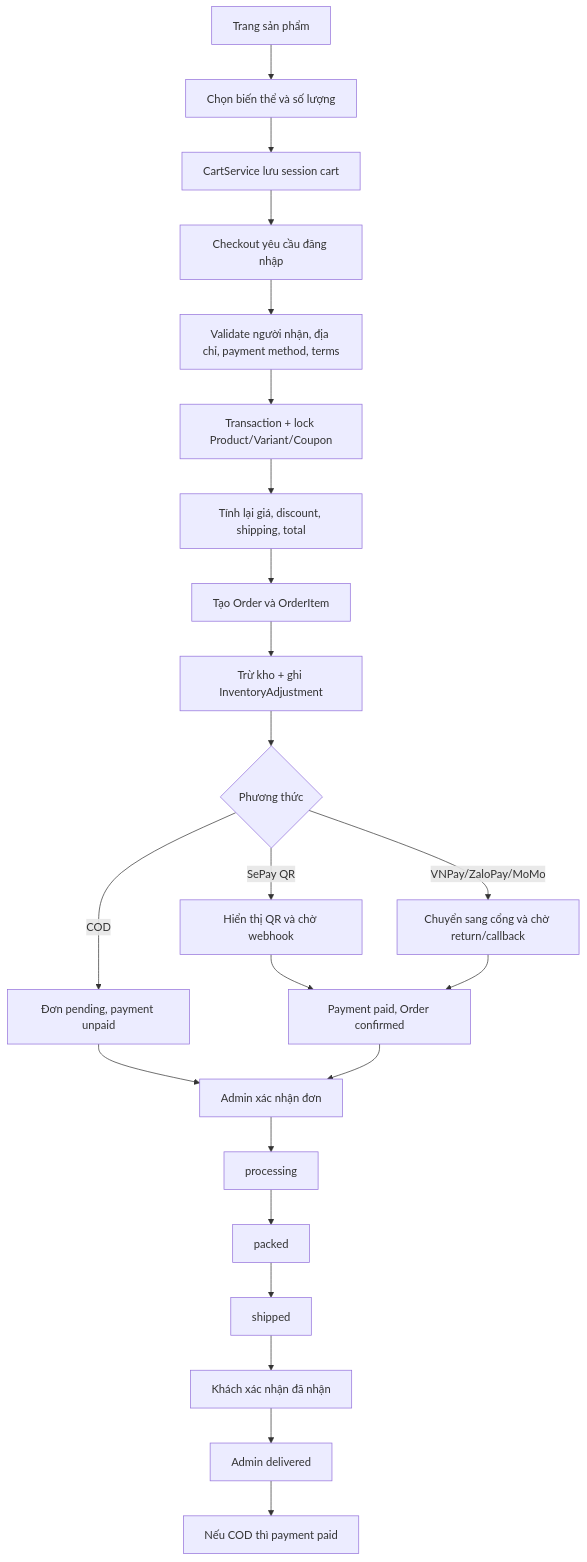
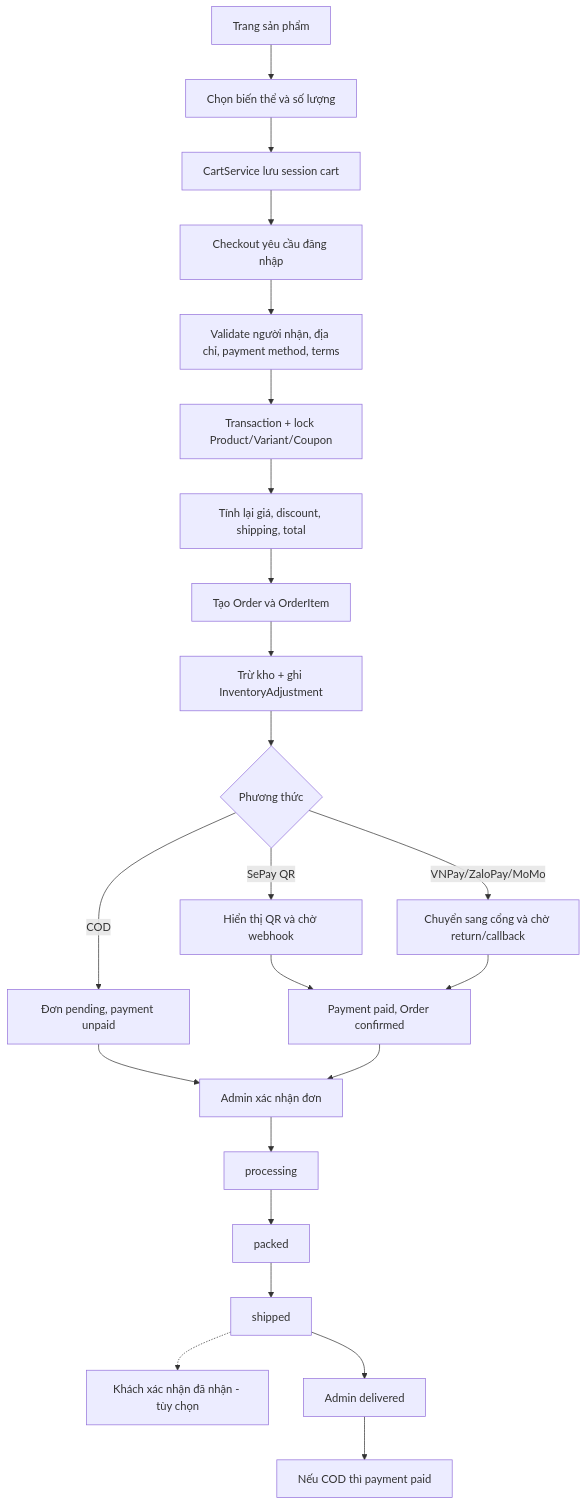
Before and after one commit to ndat1865-spec/PetShop: the second of 5 diagrams in docs/kich-ban-bao-ve-lab08.md, drawn with Mermaid. The commit also changed other lines of this file and 13 other files, not shown here.

````diff
--- a/docs/kich-ban-bao-ve-lab08.md
+++ b/docs/kich-ban-bao-ve-lab08.md
@@ -110,25 +110,25 @@
 ```mermaid
 flowchart TD
     A[Trang sản phẩm] --> B[Chọn biến thể và số lượng]
     B --> C[CartService lưu session cart]
     C --> D[Checkout yêu cầu đăng nhập]
     D --> E[Validate người nhận, địa chỉ, payment method, terms]
     E --> F[Transaction + lock Product/Variant/Coupon]
     F --> G[Tính lại giá, discount, shipping, total]
     G --> H[Tạo Order và OrderItem]
     H --> I[Trừ kho + ghi InventoryAdjustment]
     I --> J{Phương thức}
     J -->|COD| K[Đơn pending, payment unpaid]
     J -->|SePay QR| L[Hiển thị QR và chờ webhook]
     J -->|VNPay/ZaloPay/MoMo| M[Chuyển sang cổng và chờ return/callback]
     L --> N[Payment paid, Order confirmed]
     M --> N
     K --> O[Admin xác nhận đơn]
     N --> O
     O --> P[processing]
     P --> Q[packed]
     Q --> R[shipped]
-    R --> S[Khách xác nhận đã nhận]
-    S --> T[Admin delivered]
+    R -.-> S[Khách xác nhận đã nhận - tùy chọn]
+    R --> T[Admin delivered]
     T --> U[Nếu COD thì payment paid]
 ```
````
